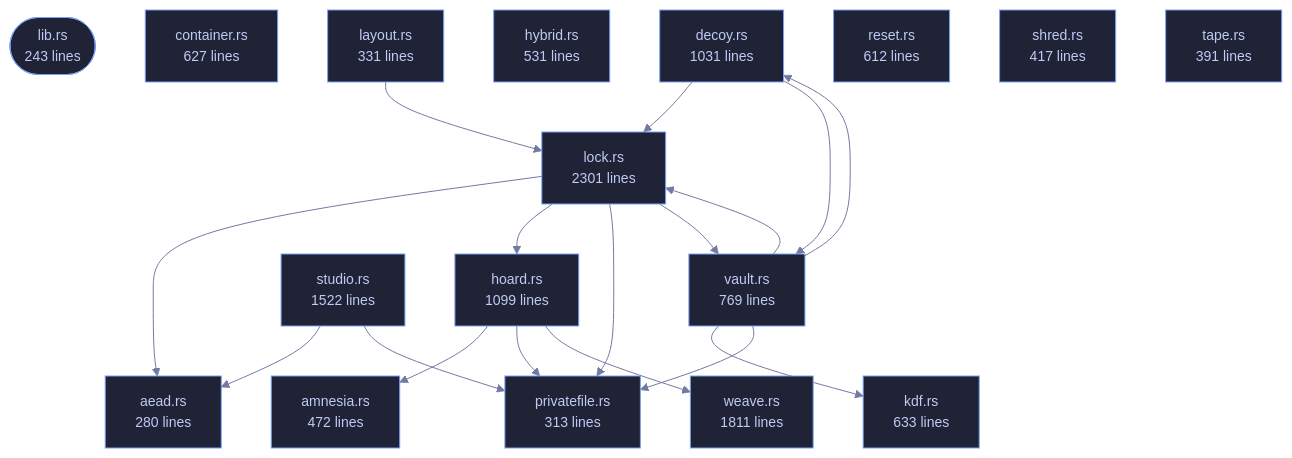
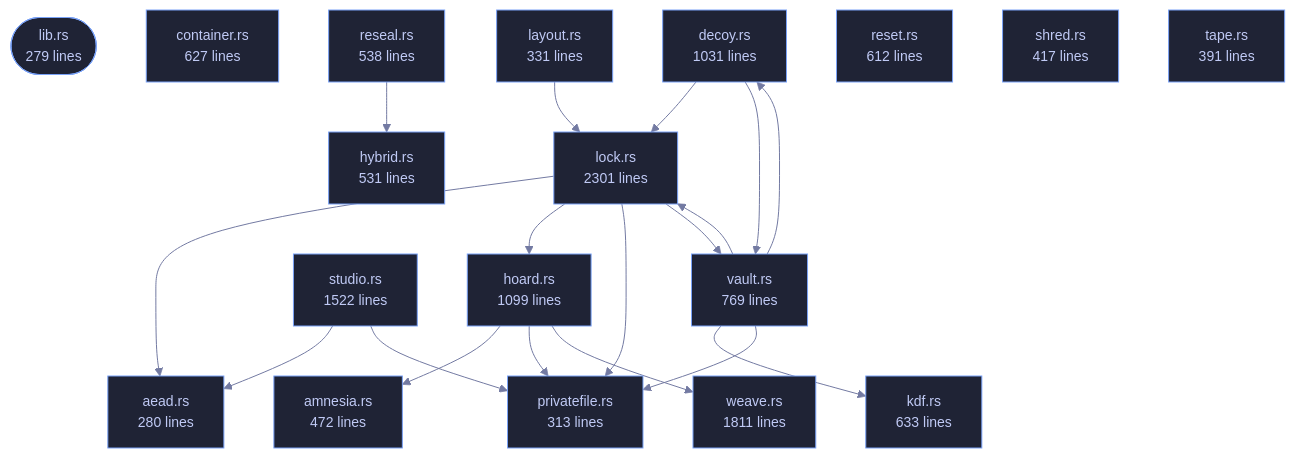
Before and after one commit to tilas01/veilvoice: the diagram in crates/veilvoice-crypto/README.md, drawn with Mermaid. The commit also changed other lines of this file and 65 other files, not shown here.

````diff
--- a/crates/veilvoice-crypto/README.md
+++ b/crates/veilvoice-crypto/README.md
@@ -108,54 +108,57 @@
 ```mermaid
 %%{init: {"theme":"base","themeVariables":{"background":"#1a1b26","primaryColor":"#1f2335","primaryTextColor":"#c0caf5","primaryBorderColor":"#7aa2f7","secondaryColor":"#16161e","tertiaryColor":"#16161e","lineColor":"#737aa2","textColor":"#c0caf5","mainBkg":"#1f2335","nodeBorder":"#7aa2f7","clusterBkg":"#16161e","clusterBorder":"#2f3549","fontFamily":"ui-monospace, SFMono-Regular, Consolas, monospace","fontSize":"14px"}}}%%
 flowchart TD
-    n_lib(["lib.rs<br/>243 lines"])
+    n_lib(["lib.rs<br/>279 lines"])
     n_aead["aead.rs<br/>280 lines"]
     n_amnesia["amnesia.rs<br/>472 lines"]
     n_container["container.rs<br/>627 lines"]
     n_decoy["decoy.rs<br/>1031 lines"]
     n_hoard["hoard.rs<br/>1099 lines"]
     n_hybrid["hybrid.rs<br/>531 lines"]
     n_kdf["kdf.rs<br/>633 lines"]
     n_layout["layout.rs<br/>331 lines"]
     n_lock["lock.rs<br/>2301 lines"]
     n_privatefile["privatefile.rs<br/>313 lines"]
+    n_reseal["reseal.rs<br/>538 lines"]
     n_reset["reset.rs<br/>612 lines"]
     n_shred["shred.rs<br/>417 lines"]
     n_studio["studio.rs<br/>1522 lines"]
     n_tape["tape.rs<br/>391 lines"]
     n_vault["vault.rs<br/>769 lines"]
     n_weave["weave.rs<br/>1811 lines"]
     n_decoy --> n_lock
     n_decoy --> n_vault
     n_hoard --> n_amnesia
     n_hoard --> n_privatefile
     n_hoard --> n_weave
     n_layout --> n_lock
     n_lock --> n_aead
     n_lock --> n_hoard
     n_lock --> n_privatefile
     n_lock --> n_vault
+    n_reseal --> n_hybrid
     n_studio --> n_aead
     n_studio --> n_privatefile
     n_vault --> n_decoy
     n_vault --> n_kdf
     n_vault --> n_lock
     n_vault --> n_privatefile
     click n_lib href "https://github.com/tilas01/veilvoice/blob/main/crates/veilvoice-crypto/src/lib.rs" "open the source"
     click n_aead href "https://github.com/tilas01/veilvoice/blob/main/crates/veilvoice-crypto/src/aead.rs" "open the source"
     click n_amnesia href "https://github.com/tilas01/veilvoice/blob/main/crates/veilvoice-crypto/src/amnesia.rs" "open the source"
     click n_container href "https://github.com/tilas01/veilvoice/blob/main/crates/veilvoice-crypto/src/container.rs" "open the source"
     click n_decoy href "https://github.com/tilas01/veilvoice/blob/main/crates/veilvoice-crypto/src/decoy.rs" "open the source"
     click n_hoard href "https://github.com/tilas01/veilvoice/blob/main/crates/veilvoice-crypto/src/hoard.rs" "open the source"
     click n_hybrid href "https://github.com/tilas01/veilvoice/blob/main/crates/veilvoice-crypto/src/hybrid.rs" "open the source"
     click n_kdf href "https://github.com/tilas01/veilvoice/blob/main/crates/veilvoice-crypto/src/kdf.rs" "open the source"
     click n_layout href "https://github.com/tilas01/veilvoice/blob/main/crates/veilvoice-crypto/src/layout.rs" "open the source"
     click n_lock href "https://github.com/tilas01/veilvoice/blob/main/crates/veilvoice-crypto/src/lock.rs" "open the source"
     click n_privatefile href "https://github.com/tilas01/veilvoice/blob/main/crates/veilvoice-crypto/src/privatefile.rs" "open the source"
+    click n_reseal href "https://github.com/tilas01/veilvoice/blob/main/crates/veilvoice-crypto/src/reseal.rs" "open the source"
     click n_reset href "https://github.com/tilas01/veilvoice/blob/main/crates/veilvoice-crypto/src/reset.rs" "open the source"
     click n_shred href "https://github.com/tilas01/veilvoice/blob/main/crates/veilvoice-crypto/src/shred.rs" "open the source"
     click n_studio href "https://github.com/tilas01/veilvoice/blob/main/crates/veilvoice-crypto/src/studio.rs" "open the source"
     click n_tape href "https://github.com/tilas01/veilvoice/blob/main/crates/veilvoice-crypto/src/tape.rs" "open the source"
     click n_vault href "https://github.com/tilas01/veilvoice/blob/main/crates/veilvoice-crypto/src/vault.rs" "open the source"
     click n_weave href "https://github.com/tilas01/veilvoice/blob/main/crates/veilvoice-crypto/src/weave.rs" "open the source"
 ```
````
